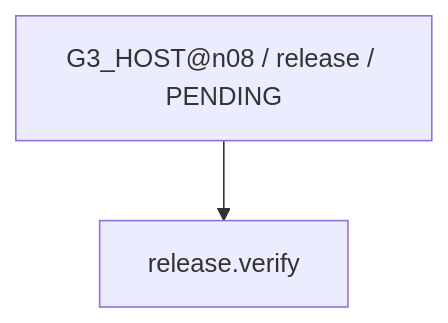
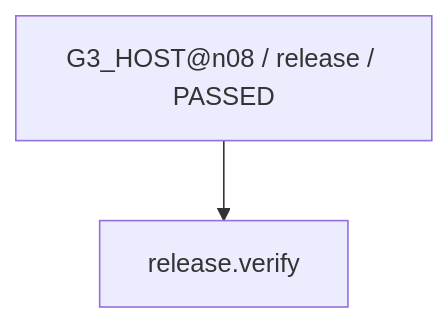
Diagram 14 of 17 in work/items/W-MATH-037-n08-workflow-trial/generated/CAPABILITY_FIRE_DIAGRAM.md (rrikunagasige-dot/kyotsu-step-web), drawn with Mermaid before and after one commit. The commit also changed other lines of this file and 29 other files, not shown here.

````diff
--- a/work/items/W-MATH-037-n08-workflow-trial/generated/CAPABILITY_FIRE_DIAGRAM.md
+++ b/work/items/W-MATH-037-n08-workflow-trial/generated/CAPABILITY_FIRE_DIAGRAM.md
@@ -226,6 +226,6 @@
 ```mermaid
 flowchart TD
-  N0["G3_HOST@n08 / release / PENDING"]
+  N0["G3_HOST@n08 / release / PASSED"]
   N1["release.verify"]
   N0 --> N1
 ```
````
